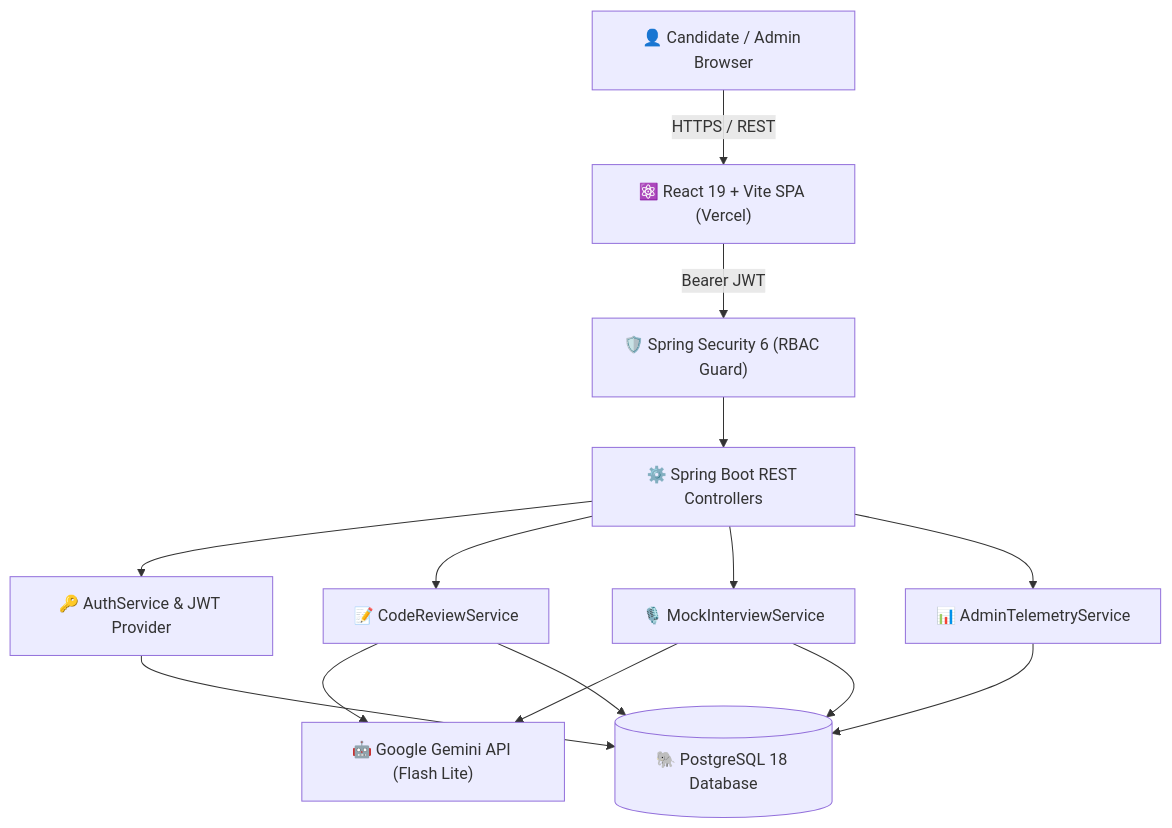
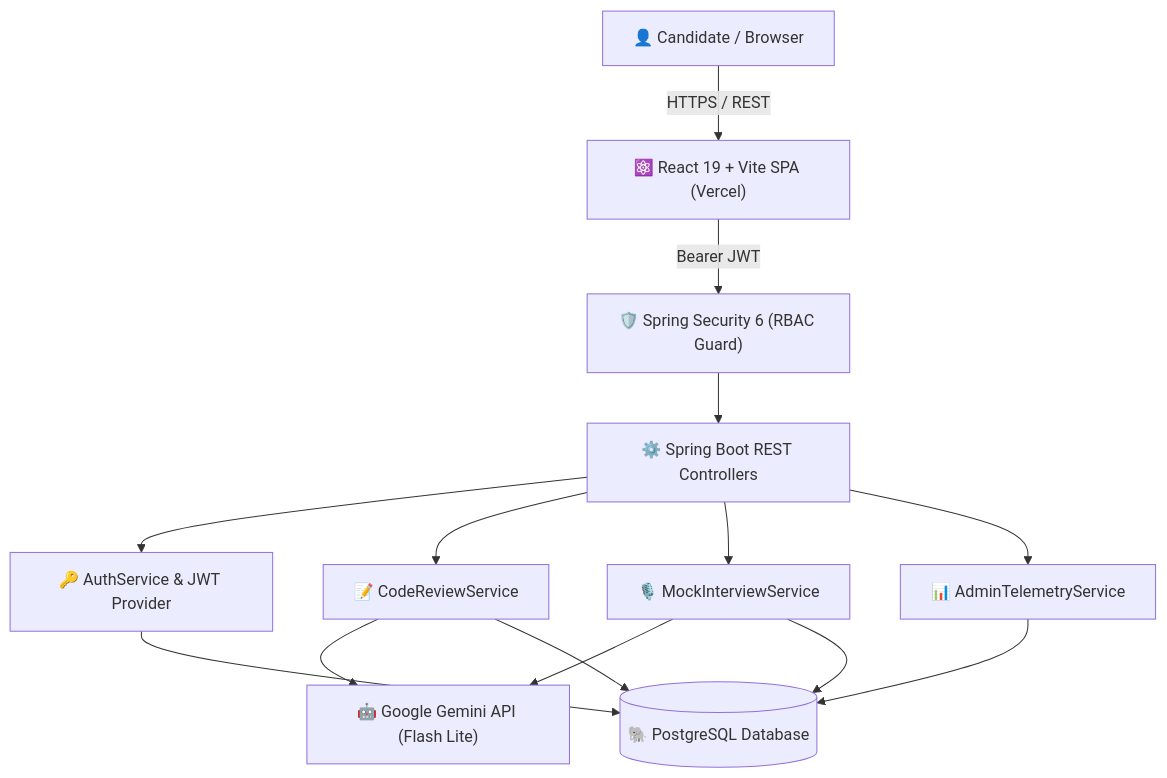
Before and after one commit to niharika-1806/AlgoMock: the diagram in README.md, drawn with Mermaid. The commit also changed other lines of this file and 3 other files, not shown here.

Commit message:
docs: streamline README for local developer setup and Vercel frontend

````diff
--- a/README.md
+++ b/README.md
@@ -61,19 +71,19 @@
 ```mermaid
 graph TD
-    User["👤 Candidate / Admin Browser"] -->|HTTPS / REST| Frontend["⚛️ React 19 + Vite SPA (Vercel)"]
+    User["👤 Candidate / Browser"] -->|HTTPS / REST| Frontend["⚛️ React 19 + Vite SPA (Vercel)"]
     Frontend -->|Bearer JWT| Gateway["🛡️ Spring Security 6 (RBAC Guard)"]
     Gateway --> Controllers["⚙️ Spring Boot REST Controllers"]
     
     Controllers --> AuthService["🔑 AuthService & JWT Provider"]
     Controllers --> ReviewService["📝 CodeReviewService"]
     Controllers --> InterviewService["🎙️ MockInterviewService"]
     Controllers --> AdminService["📊 AdminTelemetryService"]
     
     ReviewService --> Gemini["🤖 Google Gemini API (Flash Lite)"]
     InterviewService --> Gemini
     
-    ReviewService --> Postgres[("🐘 PostgreSQL 18 Database")]
+    ReviewService --> Postgres[("🐘 PostgreSQL Database")]
     InterviewService --> Postgres
     AdminService --> Postgres
     AuthService --> Postgres
 ```
````
